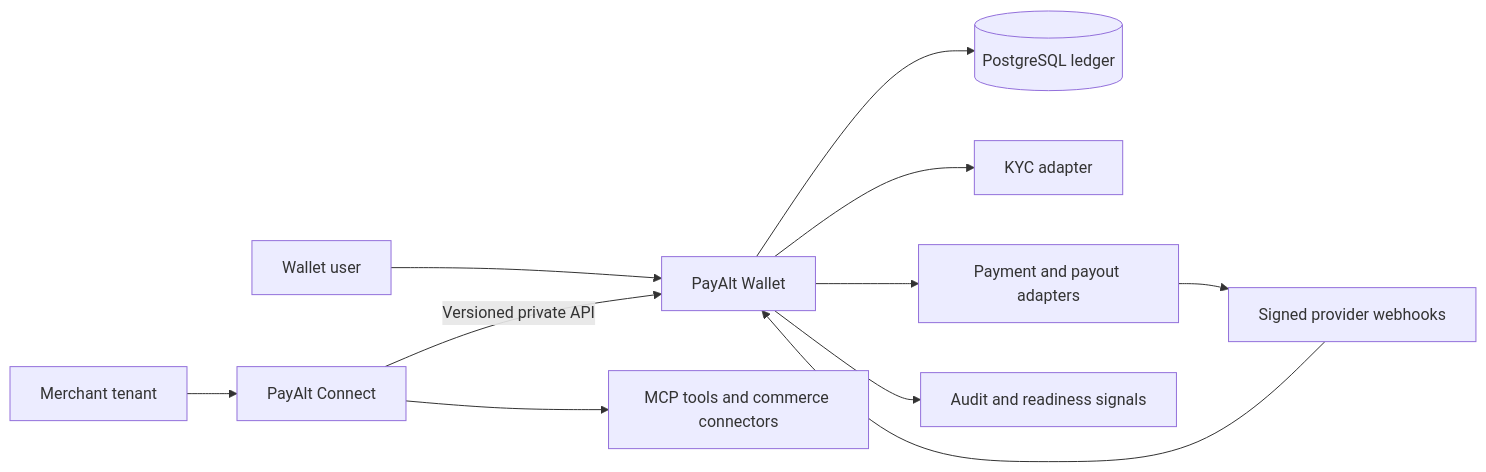
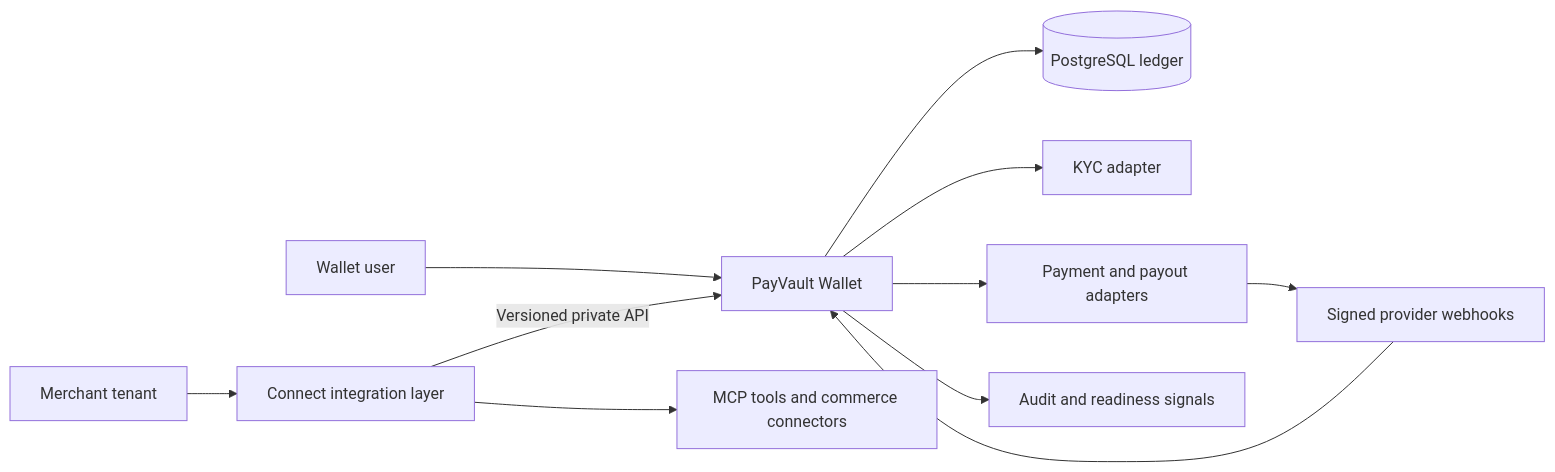
The diagram in README.md (quantumspace-ai/fintech-app-case-study), drawn with Mermaid before and after one commit. The commit also changed other lines of this file, not shown here.

Commit message:
Align case study branding with PayVault

````diff
--- a/README.md
+++ b/README.md
@@ -29,13 +29,13 @@
 ```mermaid
 flowchart LR
-    U[Wallet user] --> W[PayAlt Wallet]
-    M[Merchant tenant] --> C[PayAlt Connect]
+    U[Wallet user] --> W[PayVault Wallet]
+    M[Merchant tenant] --> C[Connect integration layer]
     C -->|Versioned private API| W
     W --> L[(PostgreSQL ledger)]
     W --> K[KYC adapter]
     W --> P[Payment and payout adapters]
     P --> H[Signed provider webhooks]
     H --> W
     C --> T[MCP tools and commerce connectors]
     W --> O[Audit and readiness signals]
 ```
````
